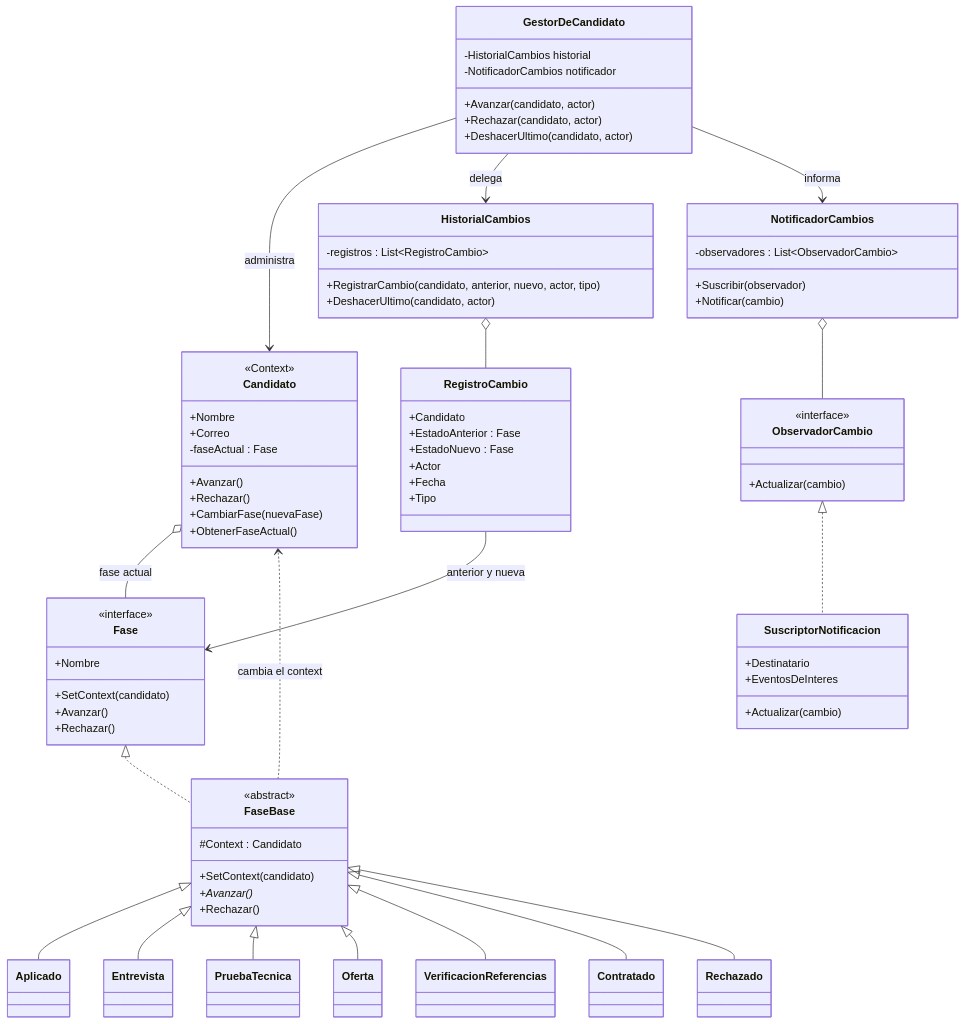
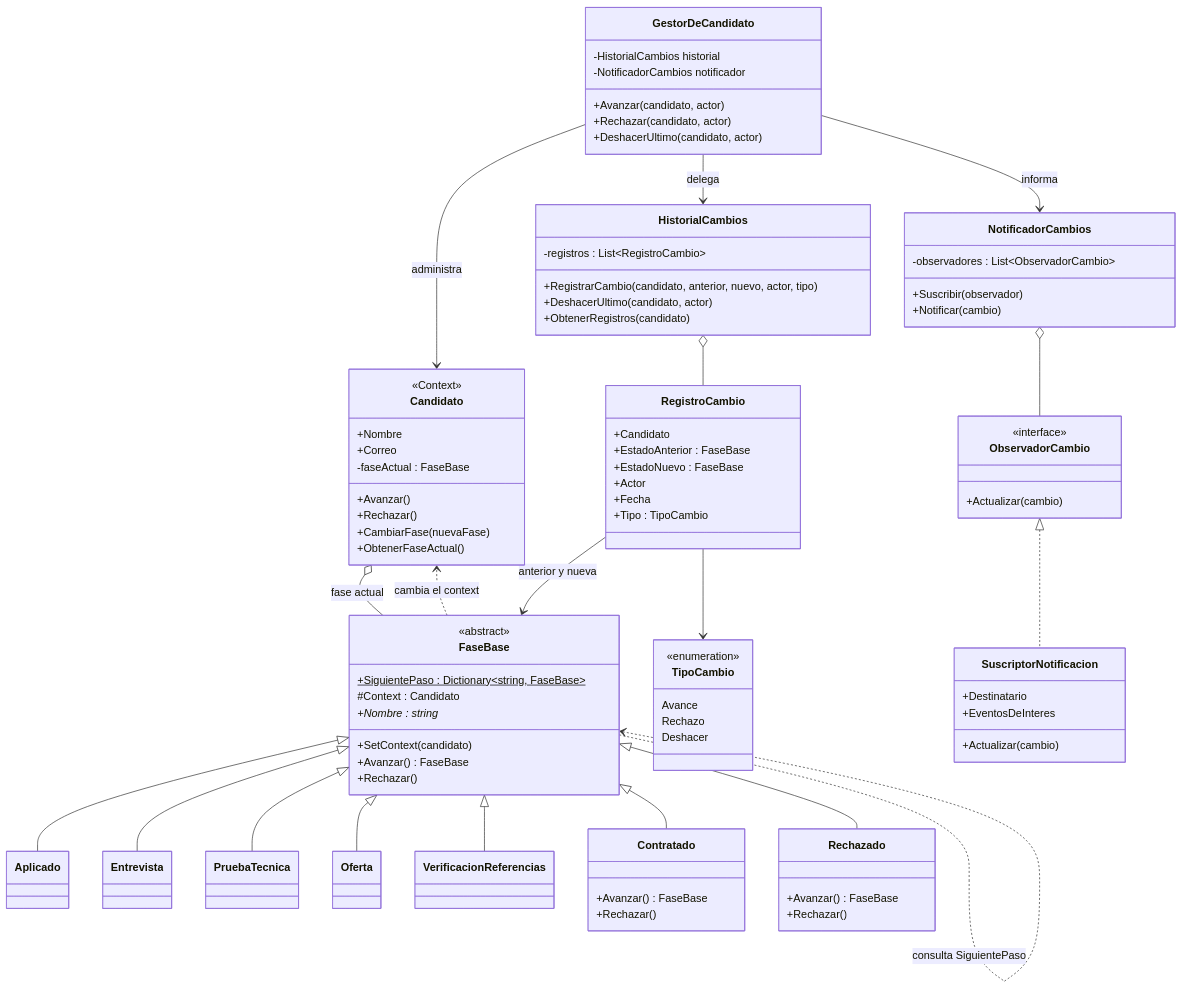
One commit to Alan5320/CandidatosCore changed the diagram in README.md. Above: the diagram before and after it, drawn with Mermaid. The commit also changed other lines of this file, not shown here.

Commit message:
Ajuste Diagrama de clases

````diff
--- a/README.md
+++ b/README.md
@@ -57,26 +57,30 @@
         <<Context>>
         +Nombre
         +Correo
-        -faseActual : Fase
+        -faseActual : FaseBase
         +Avanzar()
         +Rechazar()
         +CambiarFase(nuevaFase)
         +ObtenerFaseActual()
     }
 
-    class Fase {
-        <<interface>>
-        +Nombre
+    class FaseBase {
+        <<abstract>>
+        +SiguientePaso : Dictionary~string, FaseBase~$
+        #Context : Candidato
+        +Nombre : string*
         +SetContext(candidato)
-        +Avanzar()
+        +Avanzar() FaseBase
         +Rechazar()
     }
 
-    class FaseBase {
-        <<abstract>>
-        #Context : Candidato
-        +SetContext(candidato)
-        +Avanzar()*
+    class Contratado {
+        +Avanzar() FaseBase
+        +Rechazar()
+    }
+
+    class Rechazado {
+        +Avanzar() FaseBase
         +Rechazar()
     }
 
@@ -84,15 +88,23 @@
         -registros : List~RegistroCambio~
         +RegistrarCambio(candidato, anterior, nuevo, actor, tipo)
         +DeshacerUltimo(candidato, actor)
+        +ObtenerRegistros(candidato)
     }
 
     class RegistroCambio {
         +Candidato
-        +EstadoAnterior : Fase
-        +EstadoNuevo : Fase
+        +EstadoAnterior : FaseBase
+        +EstadoNuevo : FaseBase
         +Actor
         +Fecha
-        +Tipo
+        +Tipo : TipoCambio
+    }
+
+    class TipoCambio {
+        <<enumeration>>
+        Avance
+        Rechazo
+        Deshacer
     }
 
     class NotificadorCambios {
@@ -115,8 +127,7 @@
     GestorDeCandidato --> Candidato : administra
     GestorDeCandidato --> HistorialCambios : delega
     GestorDeCandidato --> NotificadorCambios : informa
-    Candidato o-- Fase : fase actual
-    Fase <|.. FaseBase
+    Candidato o-- FaseBase : fase actual
     FaseBase <|-- Aplicado
     FaseBase <|-- Entrevista
     FaseBase <|-- PruebaTecnica
@@ -125,8 +136,10 @@
     FaseBase <|-- Contratado
     FaseBase <|-- Rechazado
     FaseBase ..> Candidato : cambia el context
+    FaseBase ..> FaseBase : consulta SiguientePaso
     HistorialCambios o-- RegistroCambio
-    RegistroCambio --> Fase : anterior y nueva
+    RegistroCambio --> FaseBase : anterior y nueva
+    RegistroCambio --> TipoCambio
     ObservadorCambio <|.. SuscriptorNotificacion
     NotificadorCambios o-- ObservadorCambio
 ```
````
